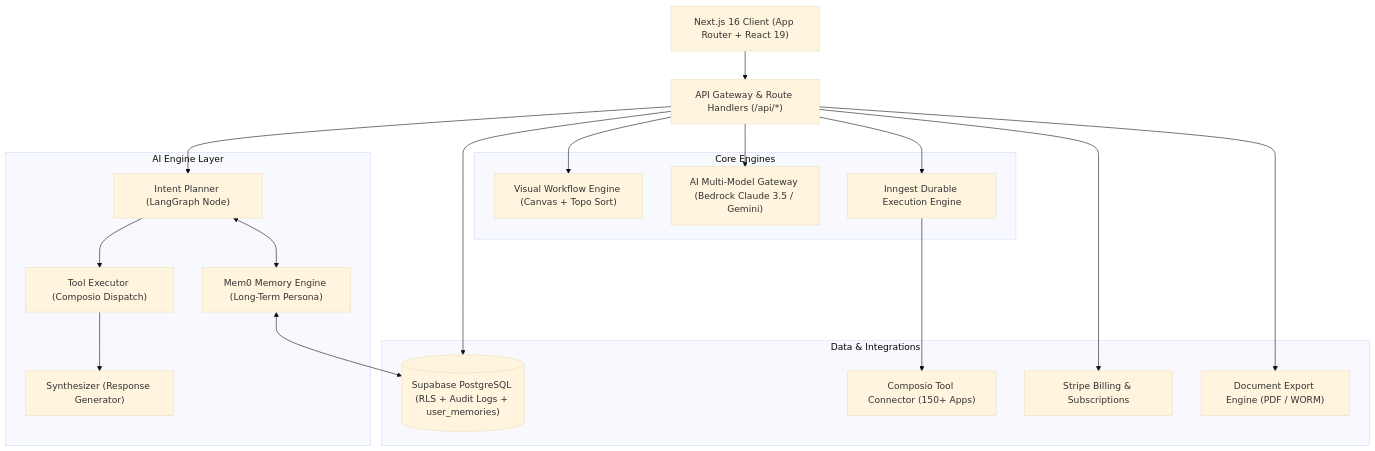
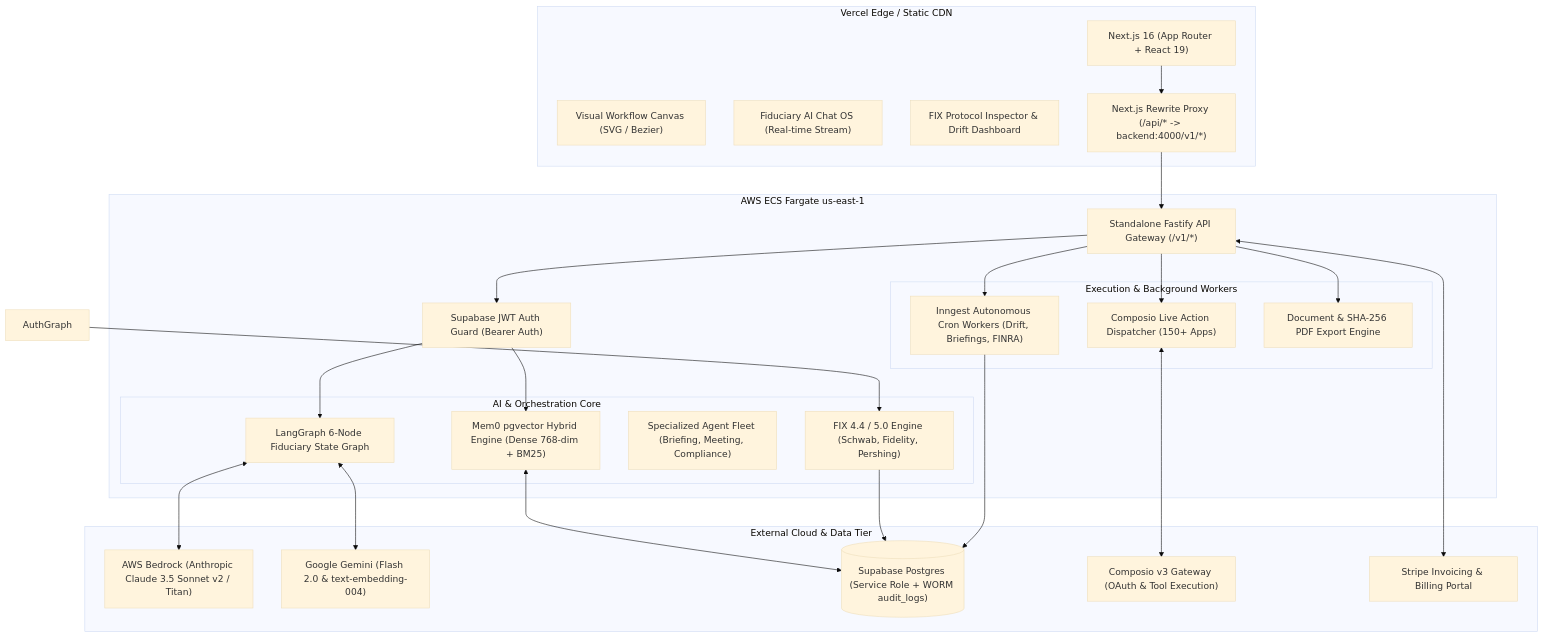
Before and after one commit to Pratyush-Malviya/Adviza-AI: the diagram in PRD.md, drawn with Mermaid (base theme). The commit also changed other lines of this file and 195 other files, not shown here.

Commit message:
feat: complete enterprise architecture segregation into 3 standalone folders (adviza-website, adviza-frontend, adviza-backend) with FIX simulator, Mem0 pgvector, Inngest crons, and AWS CI/CD

````diff
--- a/PRD.md
+++ b/PRD.md
@@ -64,37 +65,54 @@
 ```mermaid
 graph TD
-    Client["Next.js 16 Client (App Router + React 19)"]
-    API["API Gateway & Route Handlers (/api/*)"]
-
-    subgraph AI Engine Layer
-        Intent["Intent Planner (LangGraph Node)"]
-        ToolEx["Tool Executor (Composio Dispatch)"]
-        Synth["Synthesizer (Response Generator)"]
-        Mem0["Mem0 Memory Engine (Long-Term Persona)"]
+    subgraph Frontend Tier [Vercel Edge / Static CDN]
+        NextApp["Next.js 16 (App Router + React 19)"]
+        CanvasUI["Visual Workflow Canvas (SVG / Bezier)"]
+        ChatUI["Fiduciary AI Chat OS (Real-time Stream)"]
+        FixUI["FIX Protocol Inspector & Drift Dashboard"]
+        Proxy["Next.js Rewrite Proxy (/api/* -> backend:4000/v1/*)"]
     end
 
-    subgraph Core Engines
-        WF["Visual Workflow Engine (Canvas + Topo Sort)"]
-        LLM["AI Multi-Model Gateway (Bedrock Claude 3.5 / Gemini)"]
-        Orch["Inngest Durable Execution Engine"]
+    subgraph Backend Tier [AWS ECS Fargate us-east-1]
+        Fastify["Standalone Fastify API Gateway (/v1/*)"]
+        AuthGuard["Supabase JWT Auth Guard (Bearer Auth)"]
+
+        subgraph AI & Orchestration Core
+            LangGraph["LangGraph 6-Node Fiduciary State Graph"]
+            Mem0Vector["Mem0 pgvector Hybrid Engine (Dense 768-dim + BM25)"]
+            AgentFleet["Specialized Agent Fleet (Briefing, Meeting, Compliance)"]
+            FixEngine["FIX 4.4 / 5.0 Engine (Schwab, Fidelity, Pershing)"]
+        end
+
+        subgraph Execution & Background Workers
+            InngestCron["Inngest Autonomous Cron Workers (Drift, Briefings, FINRA)"]
+            ComposioRouter["Composio Live Action Dispatcher (150+ Apps)"]
+            DocEngine["Document & SHA-256 PDF Export Engine"]
+        end
     end
 
-    subgraph Data & Integrations
-        DB[("Supabase PostgreSQL (RLS + Audit Logs + user_memories)")]
-        Comp["Composio Tool Connector (150+ Apps)"]
-        Stripe["Stripe Billing & Subscriptions"]
-        DocExport["Document Export Engine (PDF / WORM)"]
+    subgraph External Cloud & Data Tier
+        Bedrock["AWS Bedrock (Anthropic Claude 3.5 Sonnet v2 / Titan)"]
+        Gemini["Google Gemini (Flash 2.0 & text-embedding-004)"]
+        Supabase[("Supabase Postgres (Service Role + WORM audit_logs)")]
+        ComposioAPI["Composio v3 Gateway (OAuth & Tool Execution)"]
+        StripeAPI["Stripe Invoicing & Billing Portal"]
     end
 
-    Client --> API
-    API --> Intent --> ToolEx --> Synth
-    Intent <--> Mem0
-    Mem0 <--> DB
-    API --> WF
-    API --> LLM
-    API --> Orch
-    API --> DB
-    API --> DocExport
-    Orch --> Comp
-    API --> Stripe
+    NextApp --> Proxy
+    Proxy --> Fastify
+    Fastify --> AuthGuard
+    AuthGuard --> LangGraph
+    AuthGuard --> Mem0Vector
+    AuthGraph --> FixEngine
+    Fastify --> InngestCron
+    Fastify --> ComposioRouter
+    Fastify --> DocEngine
+
+    LangGraph <--> Bedrock
+    LangGraph <--> Gemini
+    Mem0Vector <--> Supabase
+    FixEngine --> Supabase
+    InngestCron --> Supabase
+    ComposioRouter <--> ComposioAPI
+    Fastify <--> StripeAPI
 ```
````
